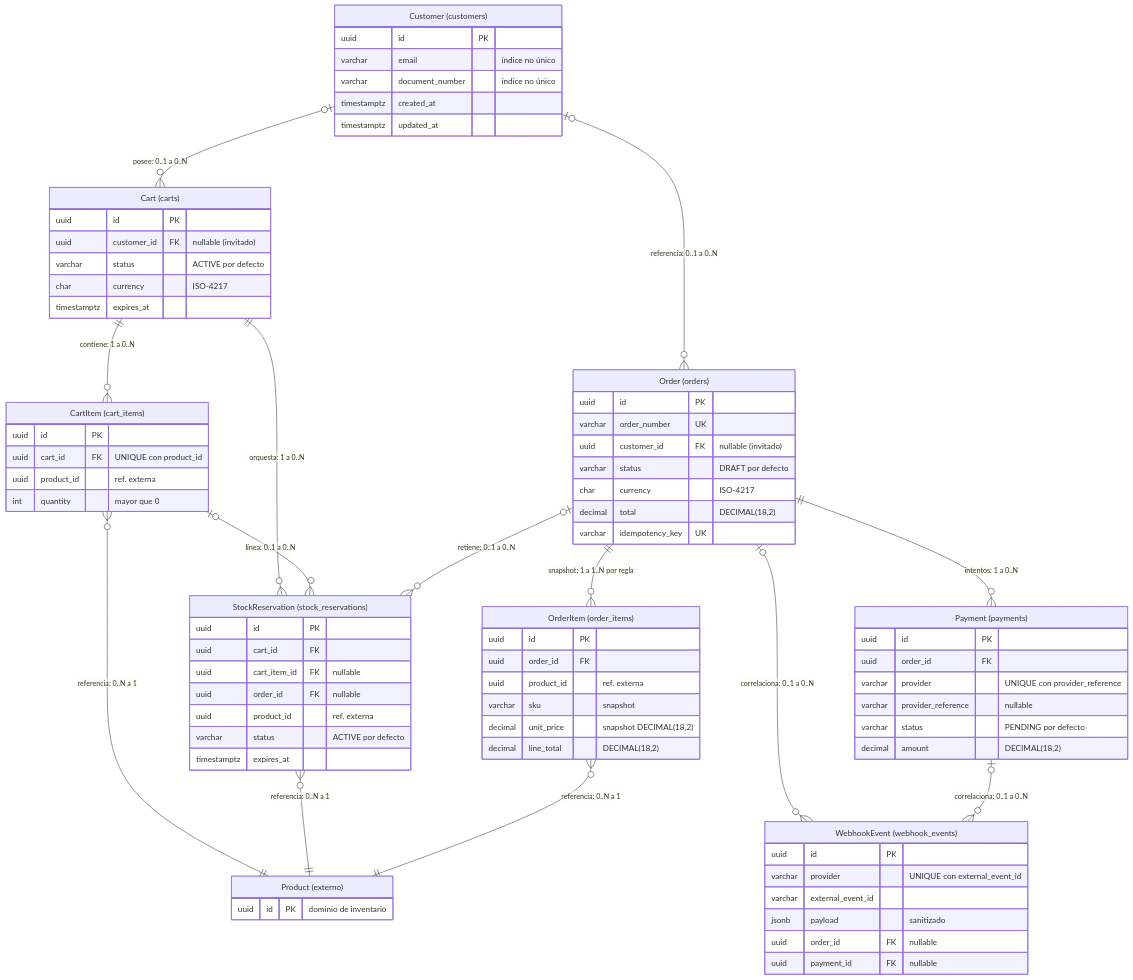
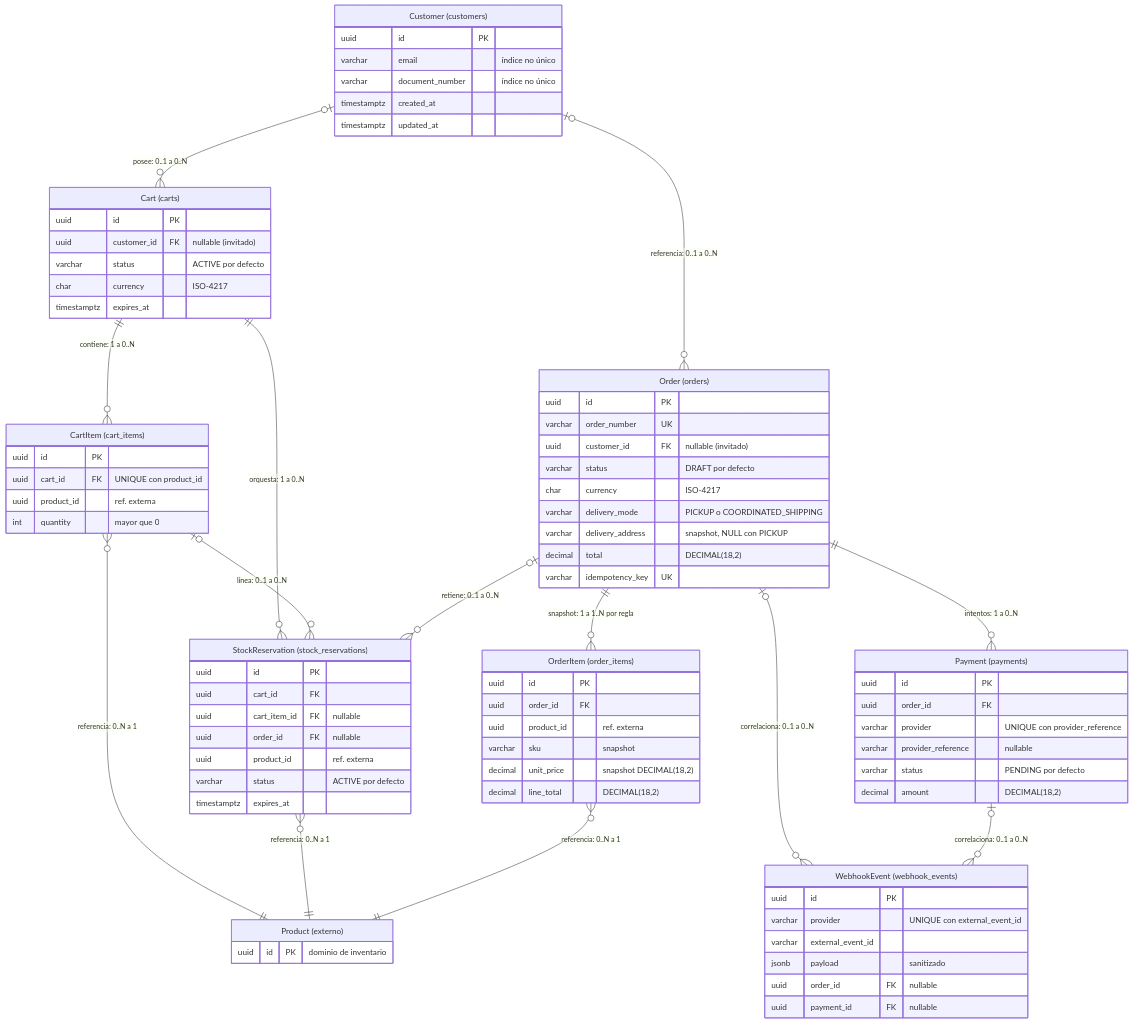
One commit to RAMA-0611/cedar-harbor changed the diagram in docs/modelo-datos.mmd. Above: the diagram before and after it, drawn with Mermaid. The commit also changed 4 other files, not shown here.

Commit message:
docs(data): align delivery address with checkout flow

```diff
--- a/docs/modelo-datos.mmd
+++ b/docs/modelo-datos.mmd
@@ -1,89 +1,91 @@
 %% Fuente de docs/modelo-datos.png. Derivado de docs/architecture/DATA_MODEL.md §17.
 erDiagram
   CUSTOMER o|--o{ CART : "posee: 0..1 a 0..N"
   CUSTOMER o|--o{ ORDER : "referencia: 0..1 a 0..N"
   CART ||--o{ CART_ITEM : "contiene: 1 a 0..N"
   CART ||--o{ STOCK_RESERVATION : "orquesta: 1 a 0..N"
   CART_ITEM o|--o{ STOCK_RESERVATION : "línea: 0..1 a 0..N"
   ORDER ||--o{ ORDER_ITEM : "snapshot: 1 a 1..N por regla"
   ORDER ||--o{ PAYMENT : "intentos: 1 a 0..N"
   ORDER o|--o{ STOCK_RESERVATION : "retiene: 0..1 a 0..N"
   ORDER o|--o{ WEBHOOK_EVENT : "correlaciona: 0..1 a 0..N"
   PAYMENT o|--o{ WEBHOOK_EVENT : "correlaciona: 0..1 a 0..N"
   CART_ITEM }o--|| PRODUCT : "referencia: 0..N a 1"
   STOCK_RESERVATION }o--|| PRODUCT : "referencia: 0..N a 1"
   ORDER_ITEM }o--|| PRODUCT : "referencia: 0..N a 1"
 
   CUSTOMER["Customer (customers)"] {
     uuid id PK
     varchar email "índice no único"
     varchar document_number "índice no único"
     timestamptz created_at
     timestamptz updated_at
   }
 
   CART["Cart (carts)"] {
     uuid id PK
     uuid customer_id FK "nullable (invitado)"
     varchar status "ACTIVE por defecto"
     char currency "ISO-4217"
     timestamptz expires_at
   }
 
   CART_ITEM["CartItem (cart_items)"] {
     uuid id PK
     uuid cart_id FK "UNIQUE con product_id"
     uuid product_id "ref. externa"
     int quantity "mayor que 0"
   }
 
   STOCK_RESERVATION["StockReservation (stock_reservations)"] {
     uuid id PK
     uuid cart_id FK
     uuid cart_item_id FK "nullable"
     uuid order_id FK "nullable"
     uuid product_id "ref. externa"
     varchar status "ACTIVE por defecto"
     timestamptz expires_at
   }
 
   ORDER["Order (orders)"] {
     uuid id PK
     varchar order_number UK
     uuid customer_id FK "nullable (invitado)"
     varchar status "DRAFT por defecto"
     char currency "ISO-4217"
+    varchar delivery_mode "PICKUP o COORDINATED_SHIPPING"
+    varchar delivery_address "snapshot, NULL con PICKUP"
     decimal total "DECIMAL(18,2)"
     varchar idempotency_key UK
   }
 
   ORDER_ITEM["OrderItem (order_items)"] {
     uuid id PK
     uuid order_id FK
     uuid product_id "ref. externa"
     varchar sku "snapshot"
     decimal unit_price "snapshot DECIMAL(18,2)"
     decimal line_total "DECIMAL(18,2)"
   }
 
   PAYMENT["Payment (payments)"] {
     uuid id PK
     uuid order_id FK
     varchar provider "UNIQUE con provider_reference"
     varchar provider_reference "nullable"
     varchar status "PENDING por defecto"
     decimal amount "DECIMAL(18,2)"
   }
 
   WEBHOOK_EVENT["WebhookEvent (webhook_events)"] {
     uuid id PK
     varchar provider "UNIQUE con external_event_id"
     varchar external_event_id
     jsonb payload "sanitizado"
     uuid order_id FK "nullable"
     uuid payment_id FK "nullable"
   }
 
   PRODUCT["Product (externo)"] {
     uuid id PK "dominio de inventario"
   }
```
